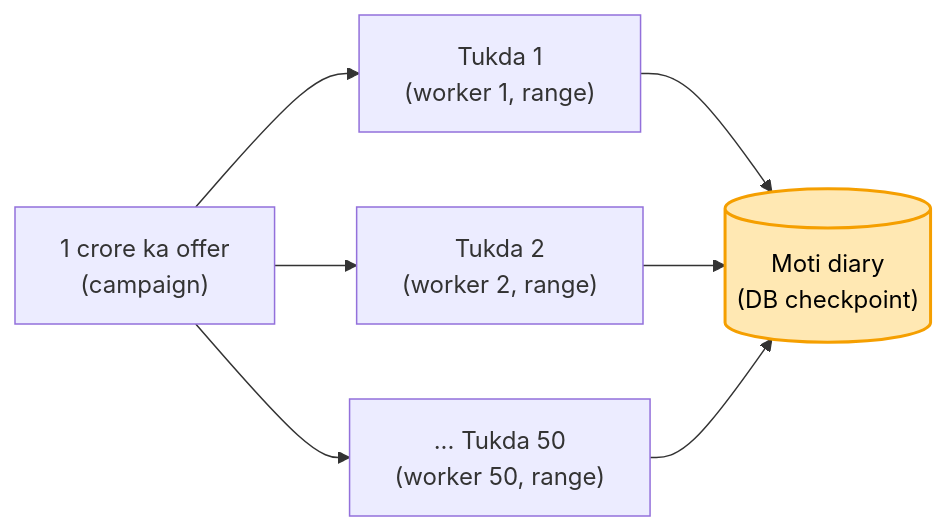
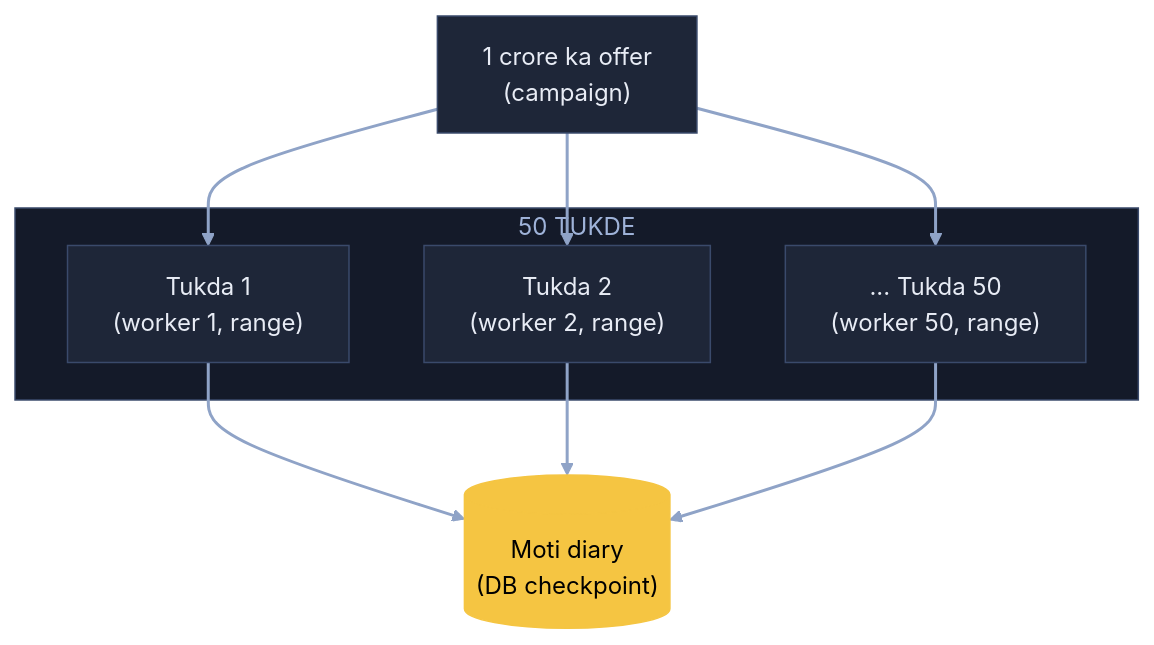
One commit to ArpanMaheshwari144/Prep changed the eighth of 9 diagrams in 04_HLD/SYSTEM_DESIGNS/04_notification_system/04_notification_system.md. Above: the diagram before and after it, drawn with Mermaid. The commit also changed other lines of this file, not shown here.

Commit message:
Notification: 9 diagram YouTube (reel) wale card andaaz me

````diff
--- a/04_HLD/SYSTEM_DESIGNS/04_notification_system/04_notification_system.md
+++ b/04_HLD/SYSTEM_DESIGNS/04_notification_system/04_notification_system.md
@@ -217,10 +303,22 @@
 ```mermaid
-flowchart LR
-    C["1 crore ka offer<br/>(campaign)"] --> T1["Tukda 1<br/>(worker 1, range)"]
-    C --> T2["Tukda 2<br/>(worker 2, range)"]
-    C --> TN["... Tukda 50<br/>(worker 50, range)"]
-    T1 --> D[("Moti diary<br/>(DB checkpoint)")]
+flowchart TB
+    C["1 crore ka offer<br/>(campaign)"]:::card
+    subgraph TK["50 TUKDE"]
+        T1["Tukda 1<br/>(worker 1, range)"]:::card
+        T2["Tukda 2<br/>(worker 2, range)"]:::card
+        TN["... Tukda 50<br/>(worker 50, range)"]:::card
+    end
+    D[("Moti diary<br/>(DB checkpoint)")]:::pill
+    C --> T1
+    C --> T2
+    C --> TN
+    T1 --> D
     T2 --> D
     TN --> D
-    style D fill:#ffe8b3,stroke:#f59f00,stroke-width:2px,color:#000
+    linkStyle default stroke:#8fa3c7,stroke-width:2px
+    classDef card fill:#1e2638,stroke:#3a4a6b,color:#e8ecf5
+    classDef pill fill:#f5c542,stroke:#f5c542,color:#000
+    classDef good fill:#2e7d4f,stroke:#3fbf6f,color:#fff
+    classDef bad fill:#5c1f24,stroke:#e05561,color:#fff
+    style TK fill:#141a29,stroke:#3a4a6b,color:#9fb3d9
 ```
````
